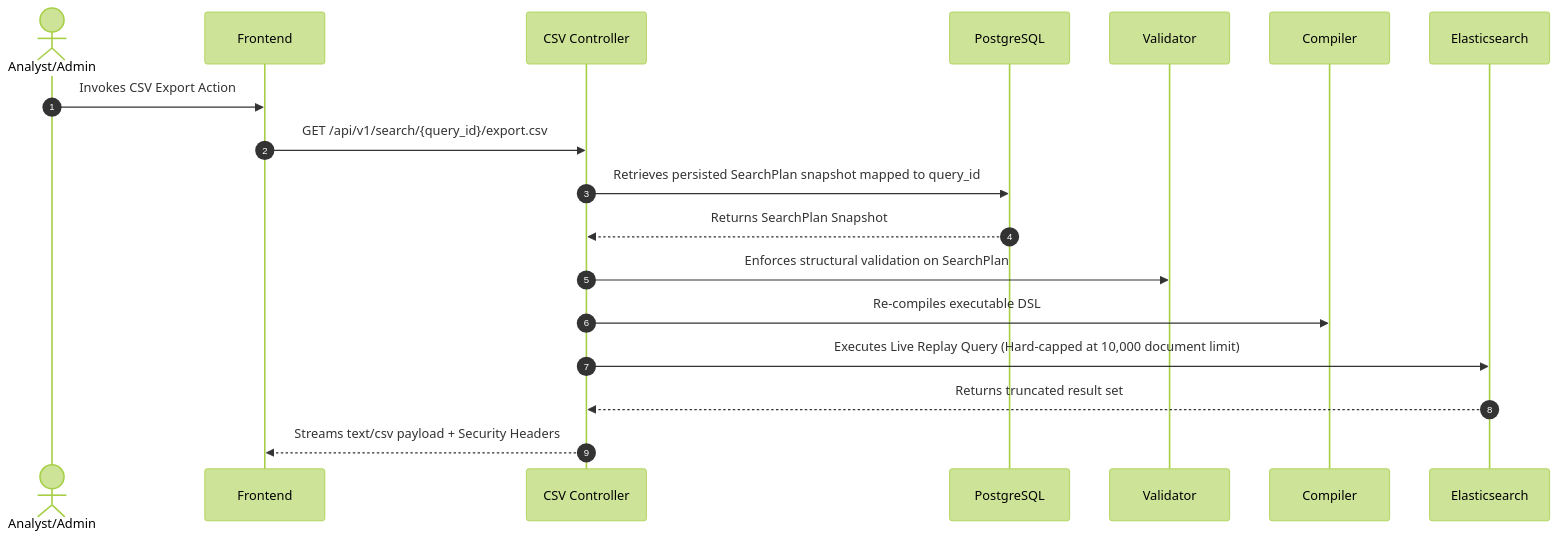
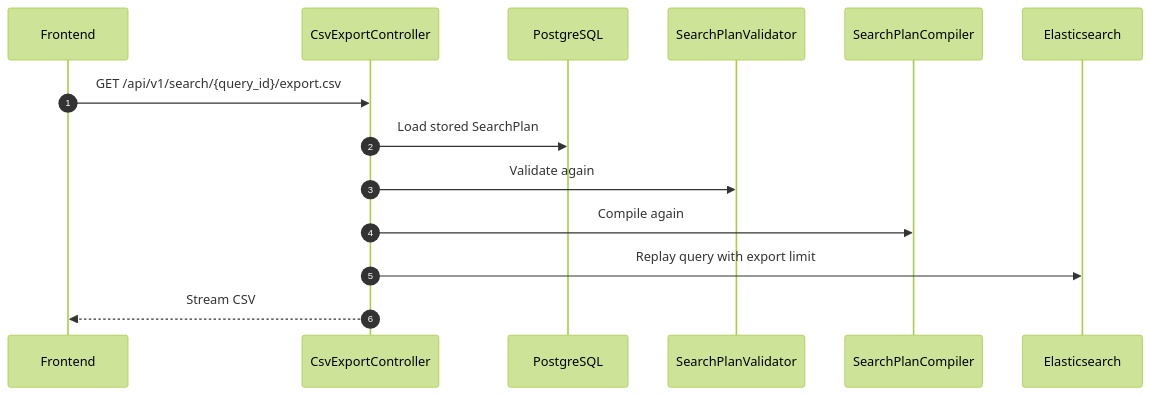
Before and after one commit to PhamVanMinhBinhThuan/soc-ai-search: the tenth of 12 diagrams in docs/sequence-flow.md, drawn with Mermaid (forest theme). The commit also changed other lines of this file and 8 other files, not shown here.

````diff
--- a/docs/sequence-flow.md
+++ b/docs/sequence-flow.md
@@ -329,21 +248,17 @@
 ```mermaid
 sequenceDiagram
     autonumber
-    actor User as Analyst/Admin
     participant FE as Frontend
-    participant API as CSV Controller
+    participant API as CsvExportController
     participant PG as PostgreSQL
-    participant Guard as Validator
-    participant Compiler as Compiler
+    participant Validator as SearchPlanValidator
+    participant Compiler as SearchPlanCompiler
     participant ES as Elasticsearch
 
-    User->>FE: Invokes CSV Export Action
     FE->>API: GET /api/v1/search/{query_id}/export.csv
-    API->>PG: Retrieves persisted SearchPlan snapshot mapped to query_id
-    PG-->>API: Returns SearchPlan Snapshot
-    API->>Guard: Enforces structural validation on SearchPlan
-    API->>Compiler: Re-compiles executable DSL
-    API->>ES: Executes Live Replay Query (Hard-capped at 10,000 document limit)
-    ES-->>API: Returns truncated result set
-    API-->>FE: Streams text/csv payload + Security Headers
+    API->>PG: Load stored SearchPlan
+    API->>Validator: Validate again
+    API->>Compiler: Compile again
+    API->>ES: Replay query with export limit
+    API-->>FE: Stream CSV
 ```
````
